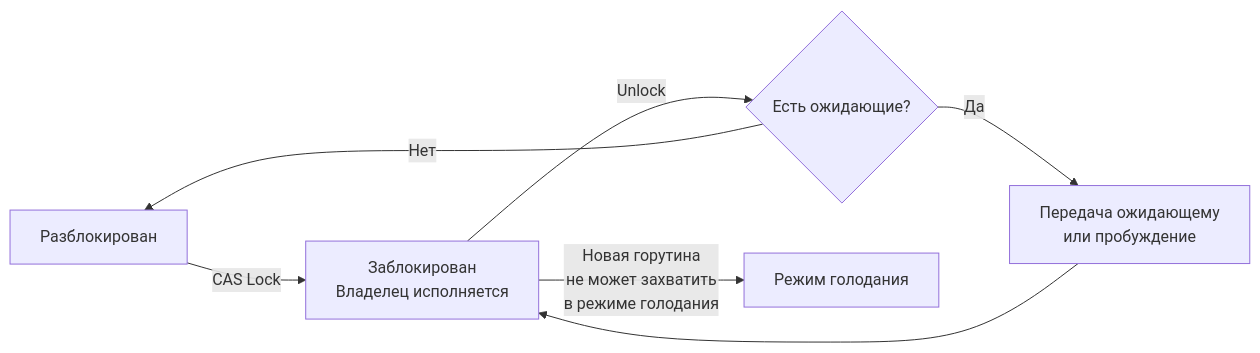
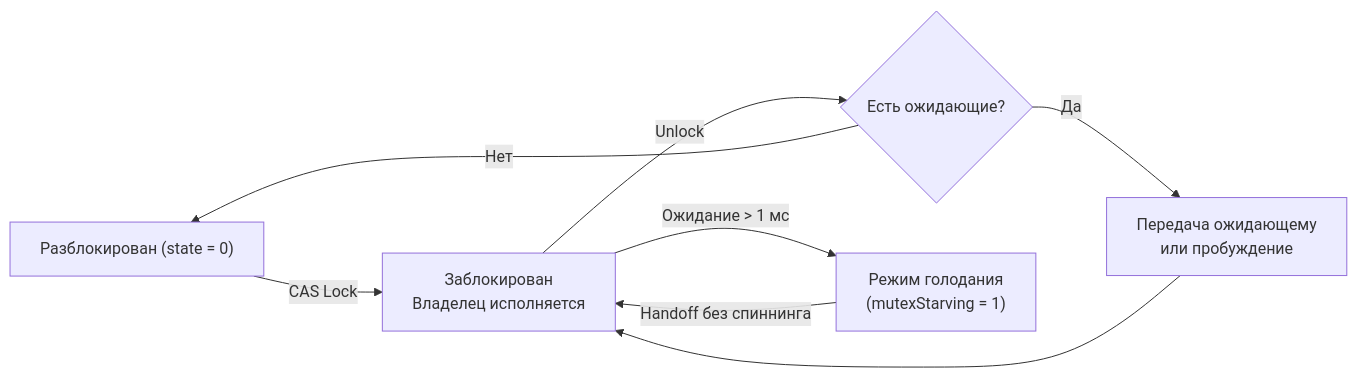
One commit to UnrealTemplier/go-textbook changed the second of 3 diagrams in sources/16. Профилирование, отладка и производительность/06. Конкурентность/5. Sync primitives и их стоимость.md. Above: the diagram before and after it, drawn with Mermaid. The commit also changed other lines of this file, not shown here.

````diff
--- a/sources/16. Профилирование, отладка и производительность/06. Конкурентность/5. Sync primitives и их стоимость.md
+++ b/sources/16. Профилирование, отладка и производительность/06. Конкурентность/5. Sync primitives и их стоимость.md
@@ -35,9 +85,10 @@
 ```mermaid
 flowchart LR
-    Unlocked["Разблокирован"] -->|"CAS Lock"| Locked["Заблокирован<br>Владелец исполняется"]
+    Unlocked["Разблокирован (state = 0)"] -->|"CAS Lock"| Locked["Заблокирован<br/>Владелец исполняется"]
     Locked -->|"Unlock"| Pending{"Есть ожидающие?"}
     Pending -- "Нет" --> Unlocked
-    Pending -- "Да" --> Handoff["Передача ожидающему<br>или пробуждение"]
+    Pending -- "Да" --> Handoff["Передача ожидающему<br/>или пробуждение"]
     Handoff --> Locked
-    Locked -->|"Новая горутина<br>не может захватить<br>в режиме голодания"| Starvation["Режим голодания"]
+    Locked -->|"Ожидание > 1 мс"| Starvation["Режим голодания<br/>(mutexStarving = 1)"]
+    Starvation -->|"Handoff без спиннинга"| Locked
 ```
````
